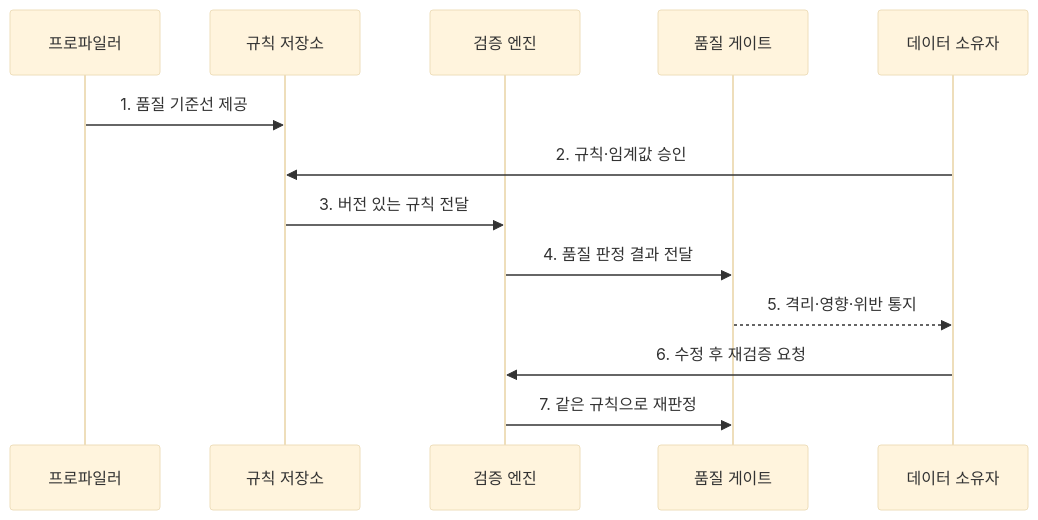
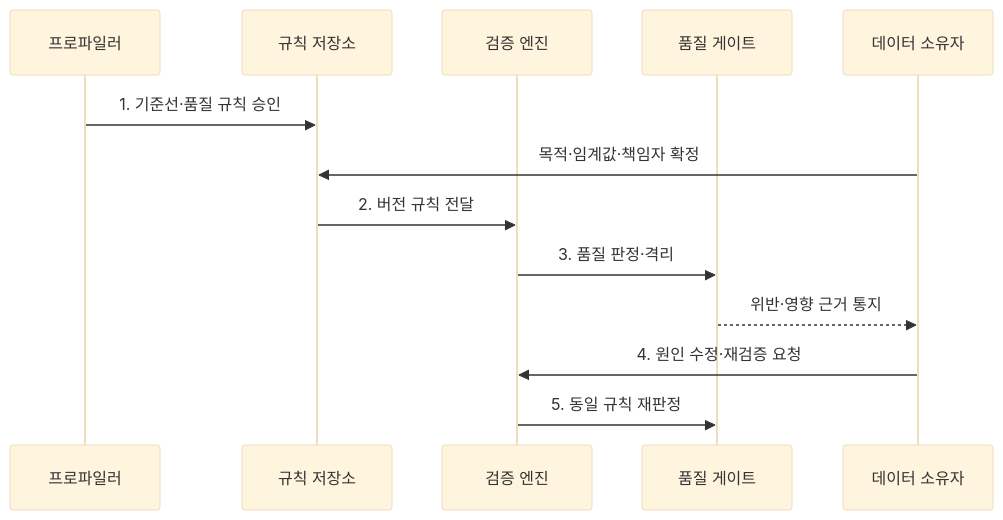
The second of 2 diagrams in src/content/docs/notes/03-software/137_data_quality_management.md (agnusdei1207/knowledge-base), drawn with Mermaid (base theme) before and after one commit. The commit also changed other lines of this file and 238 other files, not shown here.

````diff
--- a/src/content/docs/notes/03-software/137_data_quality_management.md
+++ b/src/content/docs/notes/03-software/137_data_quality_management.md
@@ -82,15 +82,15 @@
 ```mermaid
 sequenceDiagram
     participant P as 프로파일러
     participant R as 규칙 저장소
     participant V as 검증 엔진
     participant G as 품질 게이트
     participant O as 데이터 소유자
-    P->>R: 1. 품질 기준선 제공
-    O->>R: 2. 규칙·임계값 승인
-    R->>V: 3. 버전 있는 규칙 전달
-    V->>G: 4. 품질 판정 결과 전달
-    G-->>O: 5. 격리·영향·위반 통지
-    O->>V: 6. 수정 후 재검증 요청
-    V->>G: 7. 같은 규칙으로 재판정
+    P->>R: 1. 기준선·품질 규칙 승인
+    O->>R: 목적·임계값·책임자 확정
+    R->>V: 2. 버전 규칙 전달
+    V->>G: 3. 품질 판정·격리
+    G-->>O: 위반·영향 근거 통지
+    O->>V: 4. 원인 수정·재검증 요청
+    V->>G: 5. 동일 규칙 재판정
 ```
````
